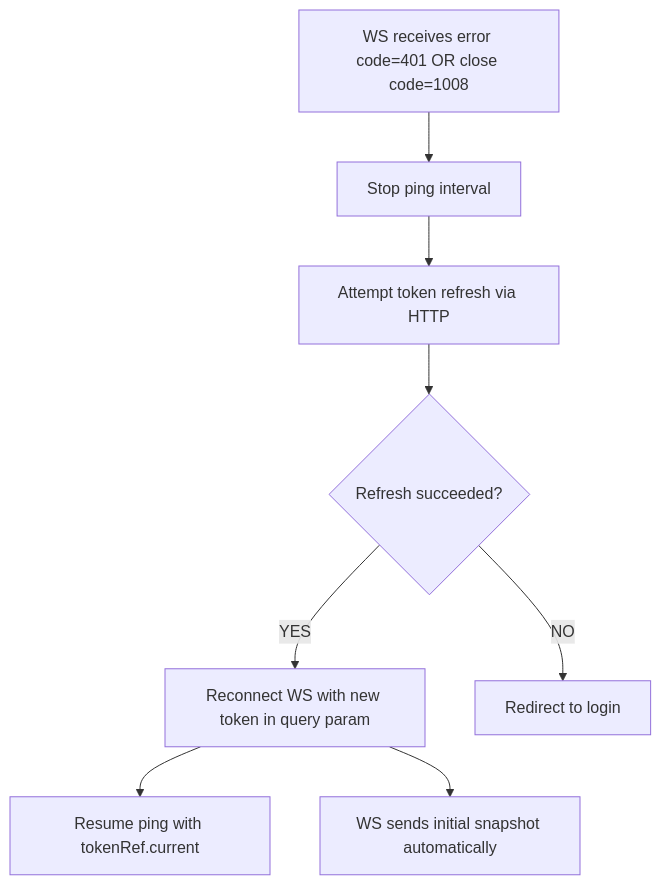
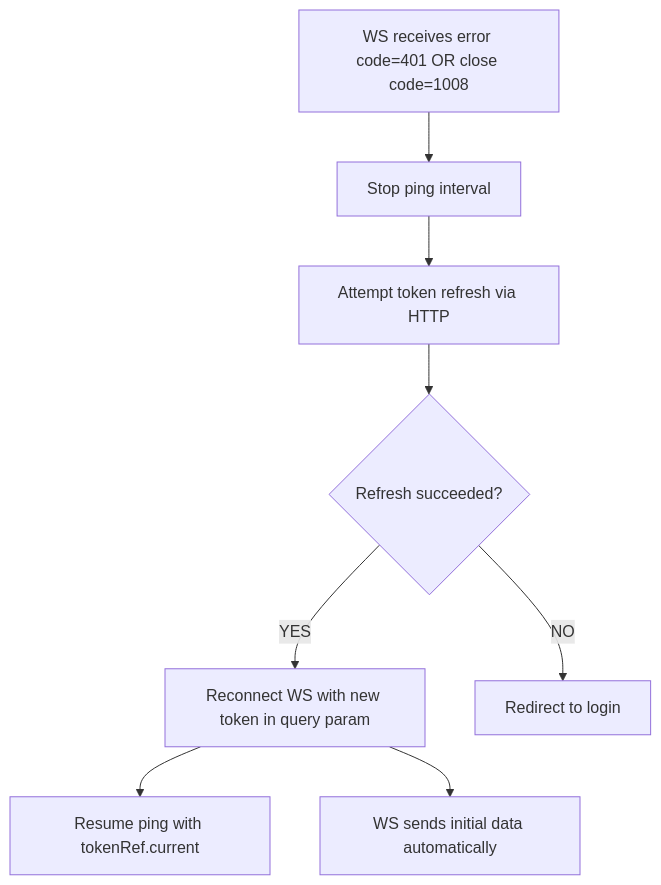
One commit to roilanlg05/GT360 changed the third of 3 diagrams in docs/AUTH_TOKEN_FRONTEND_GUIDE.md. Above: the diagram before and after it, drawn with Mermaid. The commit also changed other lines of this file and 19 other files, not shown here.

````diff
--- a/docs/AUTH_TOKEN_FRONTEND_GUIDE.md
+++ b/docs/AUTH_TOKEN_FRONTEND_GUIDE.md
@@ -483,10 +679,10 @@
 ```mermaid
 flowchart TD
     A[WS receives error code=401 OR close code=1008] --> B[Stop ping interval]
     B --> C[Attempt token refresh via HTTP]
     C --> D{Refresh succeeded?}
     D -->|YES| E[Reconnect WS with new token in query param]
     E --> F[Resume ping with tokenRef.current]
-    E --> G[WS sends initial snapshot automatically]
+    E --> G[WS sends initial data automatically]
     D -->|NO| H[Redirect to login]
 ```
````
